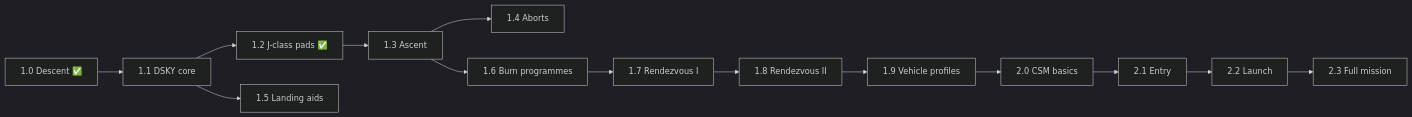
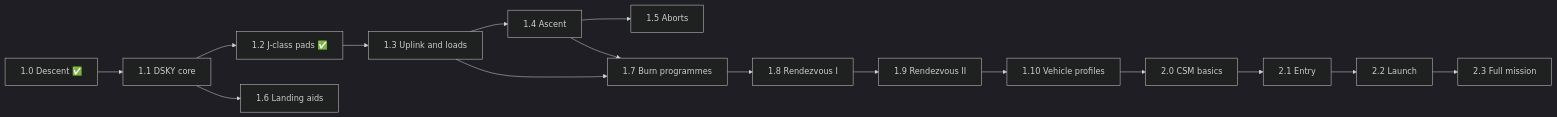
Before and after one commit to EclipticPoyo/apollo-lm-guidance-kos: the diagram in ROADMAP.md, drawn with Mermaid (dark theme). The commit also changed other lines of this file, not shown here.

Commit message:
Roadmap: add 1.3 uplink and loads, renumber later releases

````diff
--- a/ROADMAP.md
+++ b/ROADMAP.md
@@ -35,16 +36,18 @@
 ```mermaid
 flowchart LR
     v10["1.0 Descent ✅"] --> v11["1.1 DSKY core"]
     v11 --> v12["1.2 J-class pads ✅"]
-    v12 --> v13["1.3 Ascent"]
-    v13 --> v14["1.4 Aborts"]
-    v13 --> v16["1.6 Burn programmes"]
-    v16 --> v17["1.7 Rendezvous I"]
-    v17 --> v18["1.8 Rendezvous II"]
-    v11 --> v15["1.5 Landing aids"]
-    v18 --> v19["1.9 Vehicle profiles"]
-    v19 --> v20["2.0 CSM basics"]
+    v12 --> v13["1.3 Uplink and loads"]
+    v13 --> v14["1.4 Ascent"]
+    v14 --> v15["1.5 Aborts"]
+    v14 --> v17["1.7 Burn programmes"]
+    v13 --> v17
+    v17 --> v18["1.8 Rendezvous I"]
+    v18 --> v19["1.9 Rendezvous II"]
+    v11 --> v16["1.6 Landing aids"]
+    v19 --> v110["1.10 Vehicle profiles"]
+    v110 --> v20["2.0 CSM basics"]
     v20 --> v21["2.1 Entry"]
     v21 --> v22["2.2 Launch"]
     v22 --> v23["2.3 Full mission"]
 ```
````
